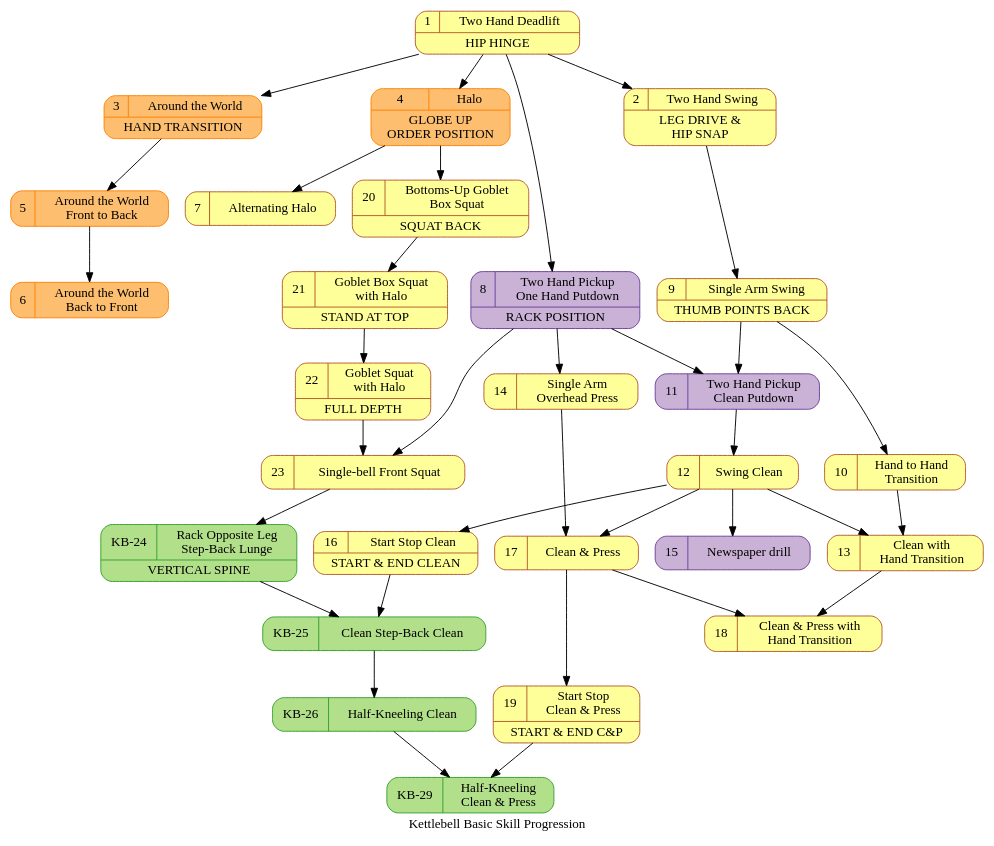
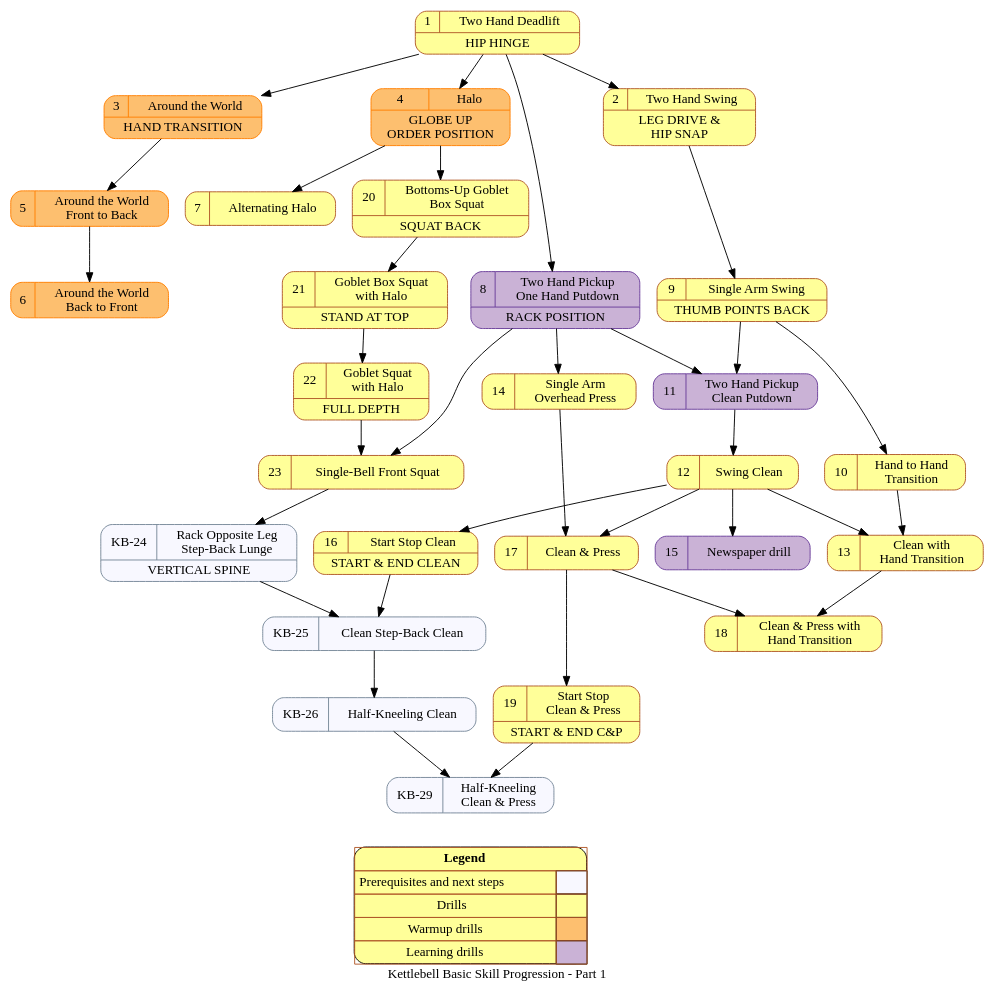
One commit to dznz/wildman-skill-trees changed the diagram in kb_progression_1.gv. Above: the diagram before and after it, drawn with Graphviz. The commit also changed 5 other files, not shown here.

First line of the commit message:
feat(kb_progression): add legend, recolour

```diff
--- a/kb_progression_1.gv
+++ b/kb_progression_1.gv
@@ -1,93 +1,119 @@
 digraph kb_progression {
   // Kettlebell Basic Skill Progression Diagram © 2023
   // by dznz using knowledge from Mark Wildman is licensed
   // under CC BY-NC-SA 4.0 
   // http://creativecommons.org/licenses/by-nc-sa/4.0/
-  label="Kettlebell Basic Skill Progression"
+  label="Kettlebell Basic Skill Progression - Part 1"
   node [colorscheme="paired12"]
   node [shape=record]
   node [style="rounded,filled"]
   node [color=12, fillcolor=11]
 
   subgraph warmup {
     node [color=8, fillcolor=7]
     mov_atw; mov_halo, mov_atwf2b, mov_atwb2f
   }
 
   subgraph aux {
     node [color=10, fillcolor=9]
     mov_2hu1hd; mov_2hucleandown; mov_news;
   }
 
   subgraph post {
-    node [color=4, fillcolor=3]
+    node [color=lightslategrey, fillcolor=ghostwhite]
     mov_racklunge
     mov_clean2sblunge
     mov_halfkneelclean
     mov_halfkneelcap
   }
   
   mov_deadlift [label="{{1|Two Hand Deadlift}|HIP HINGE}" URL="https://www.youtube.com/watch?v=x0XkmM34BPI&list=PLk4oYPJ7TXKhX8YqA2AVrfgs_pEF6p7KA&index=1"];
   mov_swing [label="{{2|Two Hand Swing}|LEG DRIVE &\nHIP SNAP}" URL="https://www.youtube.com/watch?v=m-S9H2XVvYg&list=PLk4oYPJ7TXKhX8YqA2AVrfgs_pEF6p7KA&index=2"]
   mov_atw [label="{{3|Around the World}|HAND TRANSITION}" URL="https://www.youtube.com/watch?v=XaegZzSbtr0&list=PLk4oYPJ7TXKhX8YqA2AVrfgs_pEF6p7KA&index=3"]
   mov_halo [label="{{4|Halo}|GLOBE UP\nORDER POSITION}" URL="https://www.youtube.com/watch?v=25xdtjbFPtw&list=PLk4oYPJ7TXKhX8YqA2AVrfgs_pEF6p7KA&index=4"]
   mov_atwf2b [label="5|Around the World\nFront to Back" URL="https://www.youtube.com/watch?v=TwlQQXAQpaQ&list=PLk4oYPJ7TXKhX8YqA2AVrfgs_pEF6p7KA&index=5"]
   mov_atwb2f [label="6|Around the World\nBack to Front" URL="https://www.youtube.com/watch?v=GrRO00YOIWM&list=PLk4oYPJ7TXKhX8YqA2AVrfgs_pEF6p7KA&index=6"]
   mov_althalo [label="7|Alternating Halo" URL="https://www.youtube.com/watch?v=SMpquy5zSL4&list=PLk4oYPJ7TXKhX8YqA2AVrfgs_pEF6p7KA&index=7"]
   mov_2hu1hd [label="{{8|Two Hand Pickup\nOne Hand Putdown}|RACK POSITION}" URL="https://www.youtube.com/watch?v=eMkDP9VmMc0&list=PLk4oYPJ7TXKhX8YqA2AVrfgs_pEF6p7KA&index=8"]
   mov_saswing [label="{{9|Single Arm Swing}|THUMB POINTS BACK}" URL="https://www.youtube.com/watch?v=ejPpyLKZ1L4&list=PLk4oYPJ7TXKhX8YqA2AVrfgs_pEF6p7KA&index=9"]
   mov_h2h [label="10|Hand to Hand\nTransition" URL="https://www.youtube.com/watch?v=0Uk0Rdm3QFs&list=PLk4oYPJ7TXKhX8YqA2AVrfgs_pEF6p7KA&index=10"]
   mov_2hucleandown [label="11|Two Hand Pickup\nClean Putdown" URL="https://www.youtube.com/watch?v=cQC2y-ByaAw&list=PLk4oYPJ7TXKhX8YqA2AVrfgs_pEF6p7KA&index=11"]
   mov_clean [label="12|Swing Clean" URL="https://www.youtube.com/watch?v=_nIsSXWs5iU&list=PLk4oYPJ7TXKhX8YqA2AVrfgs_pEF6p7KA&index=12"]
   mov_cleanh2h [label="13|Clean with\nHand Transition" URL="https://www.youtube.com/watch?v=6TVqHl2gtuM&list=PLk4oYPJ7TXKhX8YqA2AVrfgs_pEF6p7KA&index=13"]
   mov_press [label="14|Single Arm\nOverhead Press" URL="https://www.youtube.com/watch?v=XHkI03S6Pls&list=PLk4oYPJ7TXKhX8YqA2AVrfgs_pEF6p7KA&index=14"]
   mov_news [label="15|Newspaper drill" URL="https://www.youtube.com/watch?v=htByOXjHLXE&list=PLk4oYPJ7TXKhX8YqA2AVrfgs_pEF6p7KA&index=15"]
   mov_startstopclean [label="{{16|Start Stop Clean}|START & END CLEAN}" URL="https://www.youtube.com/watch?v=XbK3jxI0WNQ&list=PLk4oYPJ7TXKhX8YqA2AVrfgs_pEF6p7KA&index=16"]
   mov_cap [label="17|Clean & Press" URL="https://www.youtube.com/watch?v=SSxB3m5qRas&list=PLk4oYPJ7TXKhX8YqA2AVrfgs_pEF6p7KA&index=17"]
   mov_caph2h [label="18|Clean & Press with\nHand Transition" URL="https://www.youtube.com/watch?v=5Q4vMOYvAGg&list=PLk4oYPJ7TXKhX8YqA2AVrfgs_pEF6p7KA&index=18"]
   mov_startstopcap [label="{{19|Start Stop\nClean & Press}|START & END C&P}" URL="https://www.youtube.com/watch?v=dSj3kqbuois&list=PLk4oYPJ7TXKhX8YqA2AVrfgs_pEF6p7KA&index=19"]
   mov_gobboxsquat [label="{{20|Bottoms-Up Goblet\nBox Squat}|SQUAT BACK}" URL="https://www.youtube.com/watch?v=k5Bc7pkEmrU&list=PLk4oYPJ7TXKhX8YqA2AVrfgs_pEF6p7KA&index=20"]
   mov_boxsquathalo [label="{{21|Goblet Box Squat\nwith Halo}|STAND AT TOP}" URL="https://www.youtube.com/watch?v=Aik5-BStbnc&list=PLk4oYPJ7TXKhX8YqA2AVrfgs_pEF6p7KA&index=21"]
   mov_gobsquathalo [label="{{22|Goblet Squat\nwith Halo}|FULL DEPTH}" URL="https://www.youtube.com/watch?v=cnZ8Mx8NQPE&list=PLk4oYPJ7TXKhX8YqA2AVrfgs_pEF6p7KA&index=22"]
-  mov_racksquat [label="{{23|Single-bell Front Squat}}" URL="https://www.youtube.com/watch?v=KTDVl0Lkdc4&list=PLk4oYPJ7TXKhX8YqA2AVrfgs_pEF6p7KA&index=23"]
+  mov_racksquat [label="{{23|Single-Bell Front Squat}}" URL="https://www.youtube.com/watch?v=KTDVl0Lkdc4&list=PLk4oYPJ7TXKhX8YqA2AVrfgs_pEF6p7KA&index=23"]
 
   // Next skills
   mov_racklunge [label="{{KB-24|Rack Opposite Leg\nStep-Back Lunge}|VERTICAL SPINE}" URL="https://www.youtube.com/watch?v=KTDVl0Lkdc4&list=PLk4oYPJ7TXKhX8YqA2AVrfgs_pEF6p7KA&index=24"]
   mov_clean2sblunge [label="{{KB-25|Clean Step-Back Clean}}" URL="https://www.youtube.com/watch?v=KTDVl0Lkdc4&list=PLk4oYPJ7TXKhX8YqA2AVrfgs_pEF6p7KA&index=25"]
   mov_halfkneelclean [label="{{KB-26|Half-Kneeling Clean}}" URL="https://www.youtube.com/watch?v=KTDVl0Lkdc4&list=PLk4oYPJ7TXKhX8YqA2AVrfgs_pEF6p7KA&index=26"]
   mov_halfkneelcap [label="{{KB-29|Half-Kneeling\nClean & Press}}" URL="https://www.youtube.com/watch?v=KTDVl0Lkdc4&list=PLk4oYPJ7TXKhX8YqA2AVrfgs_pEF6p7KA&index=29"]
 
   mov_deadlift -> mov_swing;
   mov_deadlift -> mov_atw;
   mov_deadlift -> mov_halo;
   mov_atw -> mov_atwf2b;
   mov_atwf2b -> mov_atwb2f;
   mov_halo -> mov_althalo;
   mov_deadlift -> mov_2hu1hd;
   mov_swing -> mov_saswing;
   mov_saswing -> mov_h2h;
   mov_2hu1hd -> mov_2hucleandown;
   mov_saswing -> mov_2hucleandown;
   mov_2hucleandown -> mov_clean;
   mov_clean -> mov_cleanh2h;
   mov_h2h -> mov_cleanh2h;
   mov_2hu1hd -> mov_press;
   mov_clean -> mov_news;
   mov_clean -> mov_startstopclean;
   mov_clean -> mov_cap;
   mov_press -> mov_cap;
   mov_cap -> mov_caph2h;
   mov_cleanh2h -> mov_caph2h;
   mov_cap -> mov_startstopcap;
   mov_halo -> mov_gobboxsquat;
   mov_gobboxsquat -> mov_boxsquathalo;
   mov_boxsquathalo -> mov_gobsquathalo;
   mov_gobsquathalo -> mov_racksquat;
   mov_2hu1hd -> mov_racksquat;
   mov_racksquat -> mov_racklunge;
   mov_racklunge -> mov_clean2sblunge;
   mov_startstopclean -> mov_clean2sblunge;
   mov_clean2sblunge -> mov_halfkneelclean;
   mov_startstopcap -> mov_halfkneelcap;
   mov_halfkneelclean -> mov_halfkneelcap;
+
+  { rank = sink;
+    Legend [shape=none, margin=0, label=<
+    <TABLE BORDER="0" CELLBORDER="1" CELLSPACING="0" CELLPADDING="4">
+     <TR>
+      <TD COLSPAN="2"><B>Legend</B></TD>
+     </TR>
+     <TR>
+      <TD>Prerequisites and next steps</TD>
+      <TD BGCOLOR="ghostwhite">&nbsp;&nbsp;&nbsp;&nbsp;&nbsp;</TD>
+     </TR>
+     <TR>
+      <TD>Drills</TD>
+      <TD BGCOLOR="11"></TD>
+     </TR>
+     <TR>
+      <TD>Warmup drills</TD>
+      <TD BGCOLOR="7"></TD>
+     </TR>
+     <TR>
+      <TD>Learning drills</TD>
+      <TD BGCOLOR="9"></TD>
+     </TR>
+    </TABLE>
+   >];
+  }
 }
```
